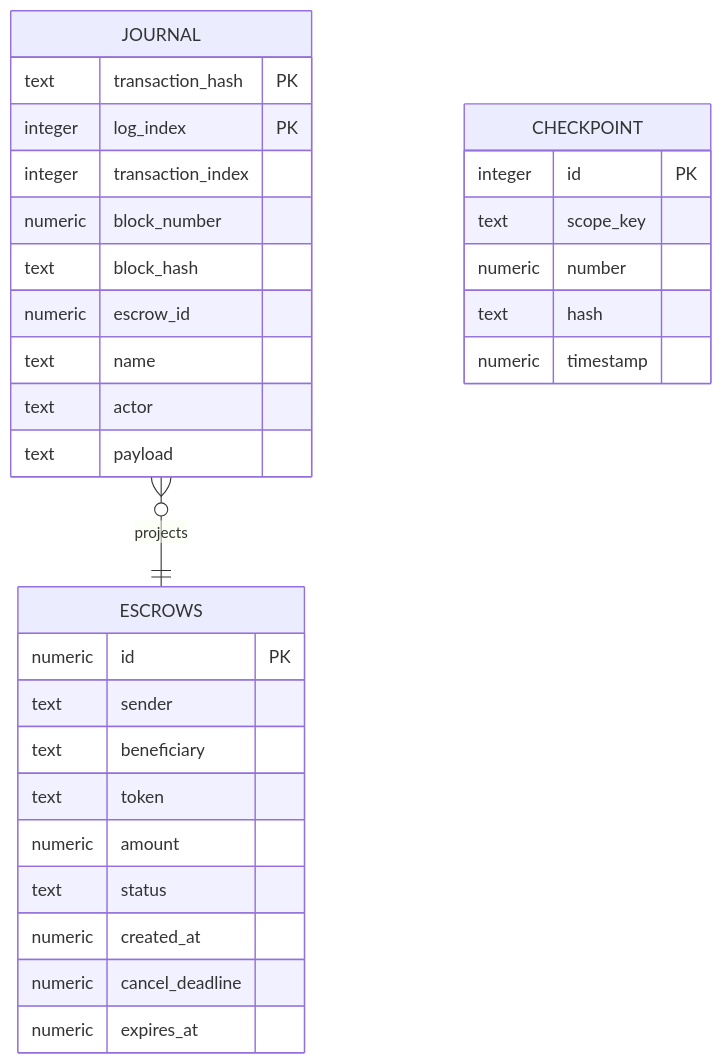
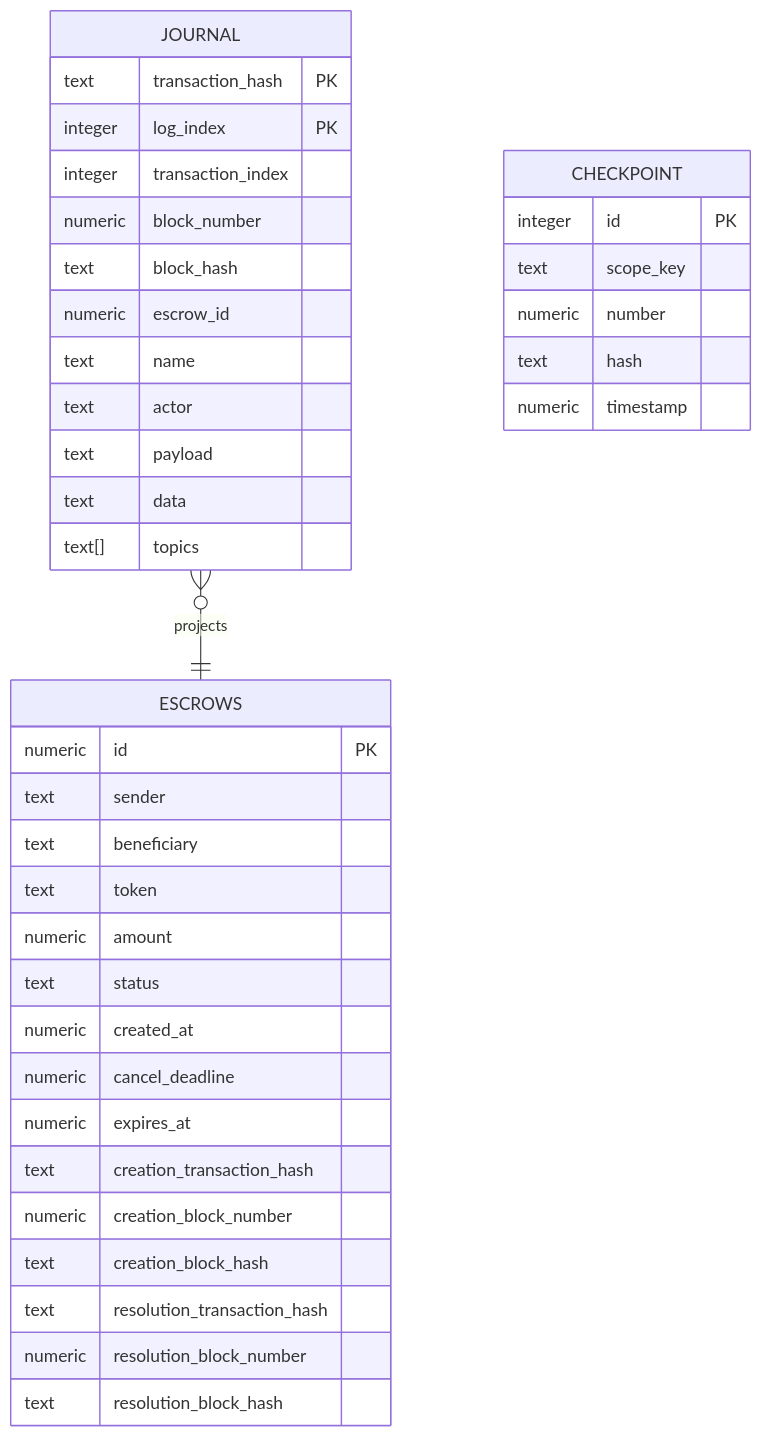
One commit to dubzn/remitee-challenge changed the diagram in docs/postgres-models.md. Above: the diagram before and after it, drawn with Mermaid. The commit also changed 1 other file, not shown here.

Commit message:
Expand the architecture and data model documentation

````diff
--- a/docs/postgres-models.md
+++ b/docs/postgres-models.md
@@ -5,33 +5,41 @@
 ```mermaid
 erDiagram
     JOURNAL }o--|| ESCROWS : projects
     CHECKPOINT {
         integer id PK
         text scope_key
         numeric number
         text hash
         numeric timestamp
     }
     JOURNAL {
         text transaction_hash PK
         integer log_index PK
         integer transaction_index
         numeric block_number
         text block_hash
         numeric escrow_id
         text name
         text actor
         text payload
+        text data
+        text[] topics
     }
     ESCROWS {
         numeric id PK
         text sender
         text beneficiary
         text token
         numeric amount
         text status
         numeric created_at
         numeric cancel_deadline
         numeric expires_at
+        text creation_transaction_hash
+        numeric creation_block_number
+        text creation_block_hash
+        text resolution_transaction_hash
+        numeric resolution_block_number
+        text resolution_block_hash
     }
 ```
````
